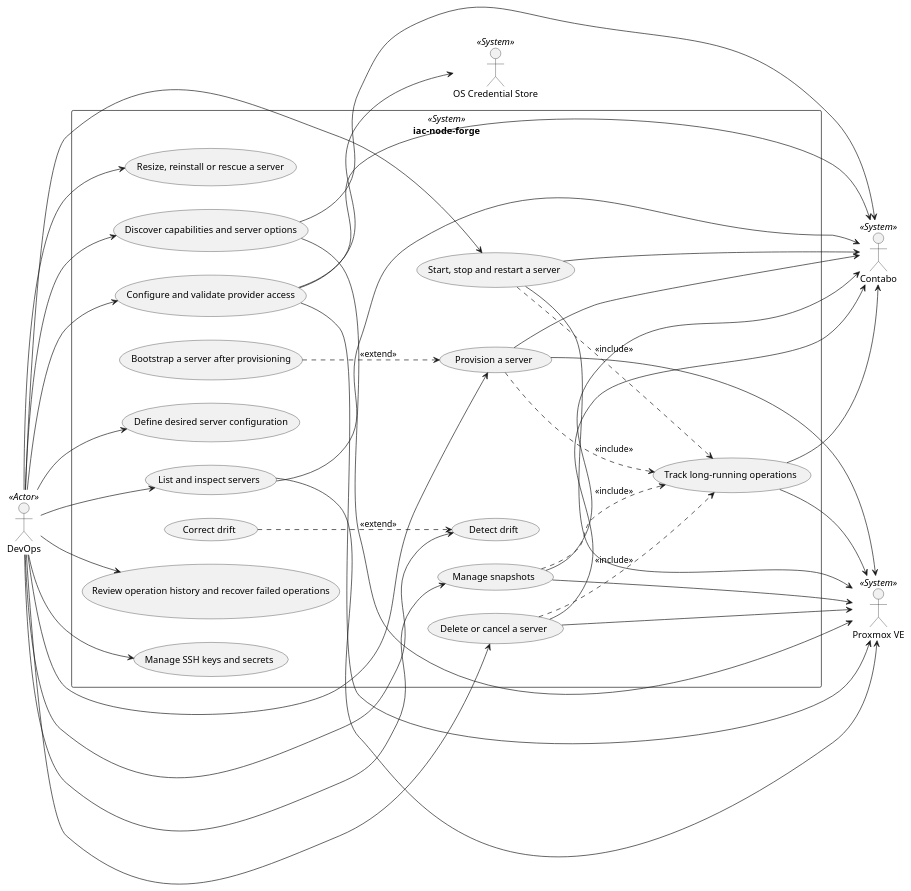
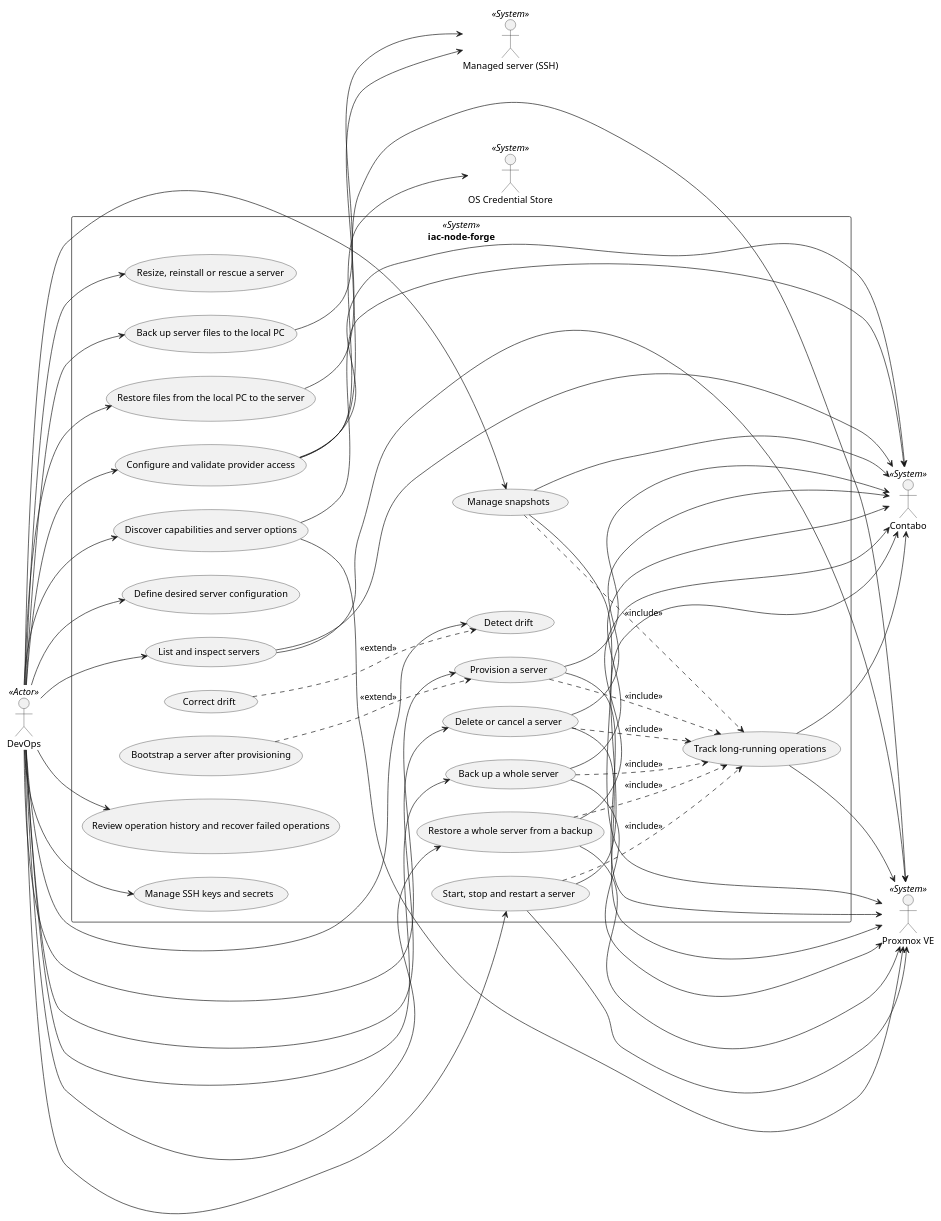
The diagram in docs/use-case-diagram.md (TirSystem/iac-node-forge), drawn with PlantUML before and after one commit. The commit also changed other lines of this file and 9 other files, not shown here.

First line of the commit message:
Add backup and restore use cases UC-016 to UC-019

````diff
--- a/docs/use-case-diagram.md
+++ b/docs/use-case-diagram.md
@@ -39,6 +39,7 @@
 actor "Proxmox VE" as PVE <<System>>
 actor "Contabo" as CON <<System>>
 actor "OS Credential Store" as CRED <<System>>
+actor "Managed server (SSH)" as SRV <<System>>
 
 rectangle "iac-node-forge" <<System>> {
   usecase "Configure and validate provider access" as UC01
@@ -56,6 +57,10 @@
   usecase "Review operation history and recover failed operations" as UC13
   usecase "Manage SSH keys and secrets" as UC14
   usecase "Resize, reinstall or rescue a server" as UC15
+  usecase "Back up server files to the local PC" as UC16
+  usecase "Restore files from the local PC to the server" as UC17
+  usecase "Back up a whole server" as UC18
+  usecase "Restore a whole server from a backup" as UC19
 }
 
 DevOps --> UC01
@@ -70,11 +75,17 @@
 DevOps --> UC13
 DevOps --> UC14
 DevOps --> UC15
+DevOps --> UC16
+DevOps --> UC17
+DevOps --> UC18
+DevOps --> UC19
 
 UC04 ..> UC06 : <<include>>
 UC08 ..> UC06 : <<include>>
 UC09 ..> UC06 : <<include>>
 UC12 ..> UC06 : <<include>>
+UC18 ..> UC06 : <<include>>
+UC19 ..> UC06 : <<include>>
 UC05 ..> UC04 : <<extend>>
 UC11 ..> UC10 : <<extend>>
 
@@ -95,5 +106,11 @@
 UC09 --> CON
 UC12 --> PVE
 UC12 --> CON
+UC16 --> SRV
+UC17 --> SRV
+UC18 --> PVE
+UC18 --> CON
+UC19 --> PVE
+UC19 --> CON
 @enduml
 ```
````
